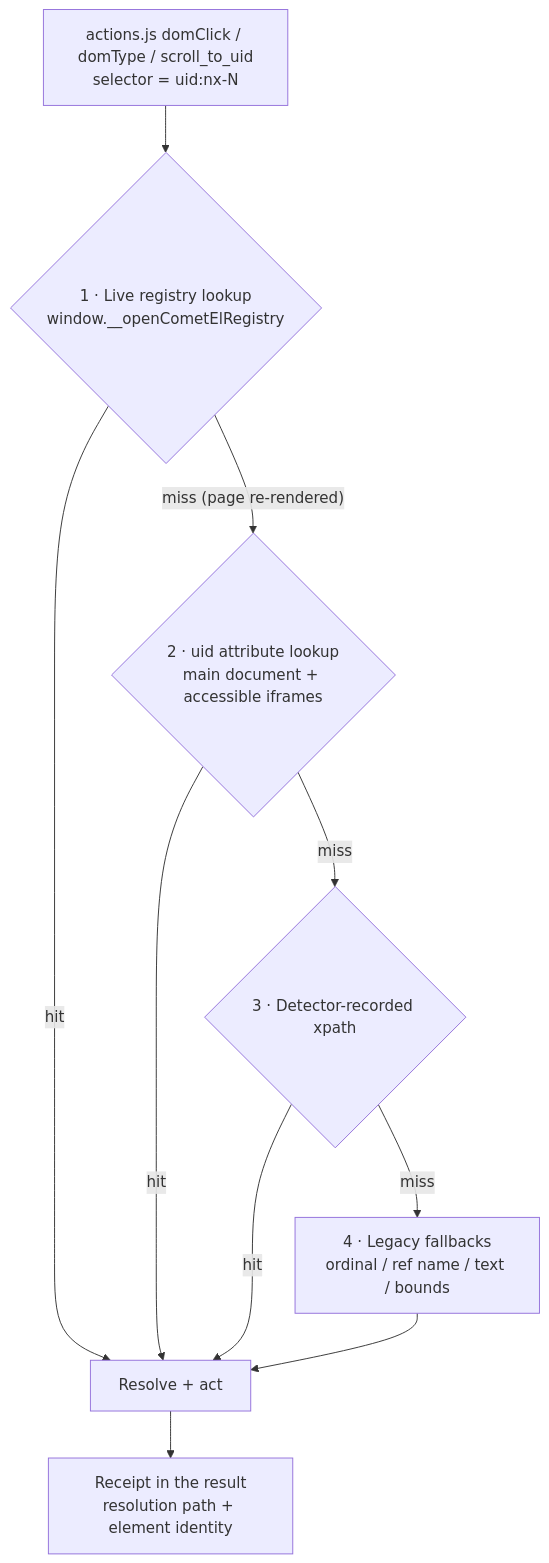
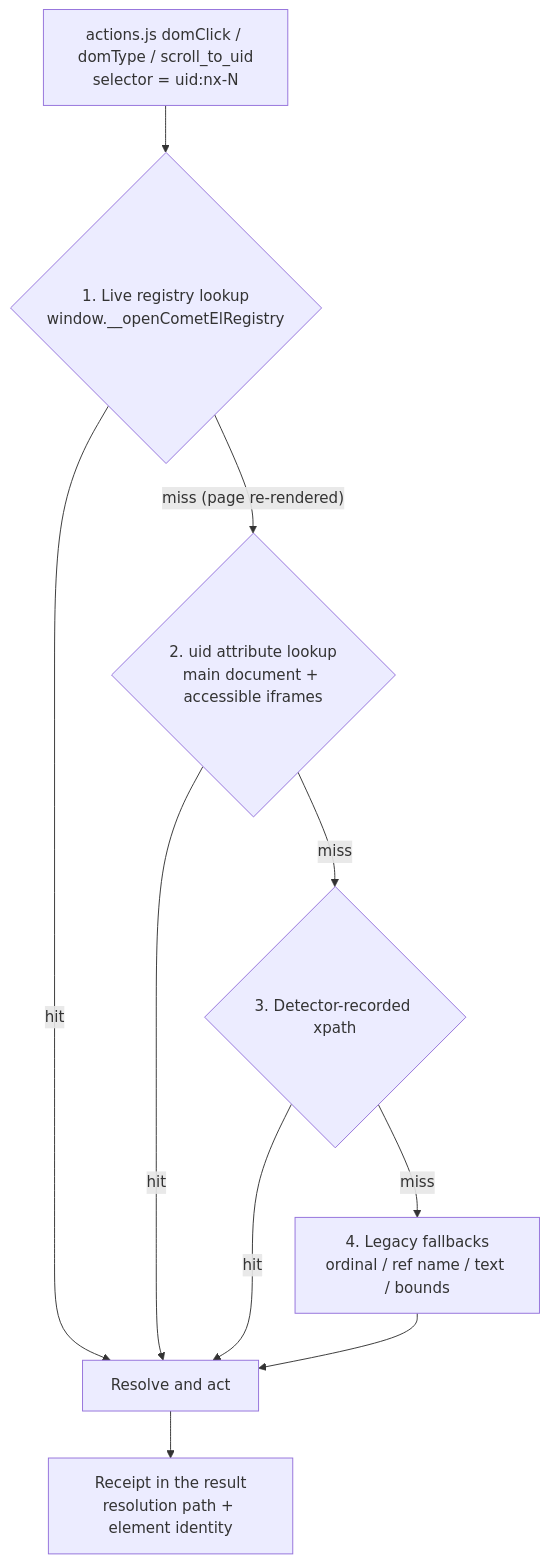
The second of 2 diagrams in docs/guides/DOM_DETECTOR.md (princechouhan19/OpenCometAI), drawn with Mermaid before and after one commit. The commit also changed other lines of this file and 77 other files, not shown here.

````diff
--- a/docs/guides/DOM_DETECTOR.md
+++ b/docs/guides/DOM_DETECTOR.md
@@ -71,12 +66,12 @@
 ```mermaid
 flowchart TD
-  ACT["actions.js domClick / domType / scroll_to_uid<br/>selector = uid:nx-N"] --> R1{"1 · Live registry lookup<br/>window.__openCometElRegistry"}
-  R1 -->|"hit"| EXEC["Resolve + act"]
-  R1 -->|"miss (page re-rendered)"| R2{"2 · uid attribute lookup<br/>main document + accessible iframes"}
+  ACT["actions.js domClick / domType / scroll_to_uid<br/>selector = uid:nx-N"] --> R1{"1. Live registry lookup<br/>window.__openCometElRegistry"}
+  R1 -->|"hit"| EXEC["Resolve and act"]
+  R1 -->|"miss (page re-rendered)"| R2{"2. uid attribute lookup<br/>main document + accessible iframes"}
   R2 -->|"hit"| EXEC
-  R2 -->|"miss"| R3{"3 · Detector-recorded xpath"}
+  R2 -->|"miss"| R3{"3. Detector-recorded xpath"}
   R3 -->|"hit"| EXEC
-  R3 -->|"miss"| R4["4 · Legacy fallbacks<br/>ordinal / ref name / text / bounds"]
+  R3 -->|"miss"| R4["4. Legacy fallbacks<br/>ordinal / ref name / text / bounds"]
   R4 --> EXEC
   EXEC --> RCPT["Receipt in the result<br/>resolution path + element identity"]
 ```
````
